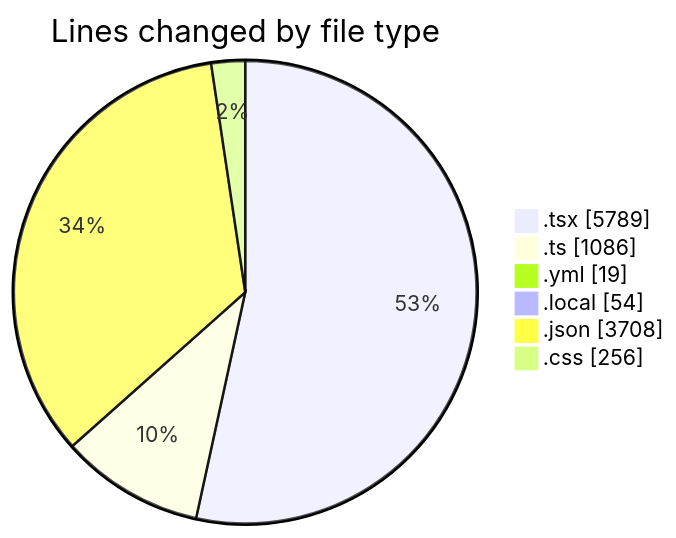
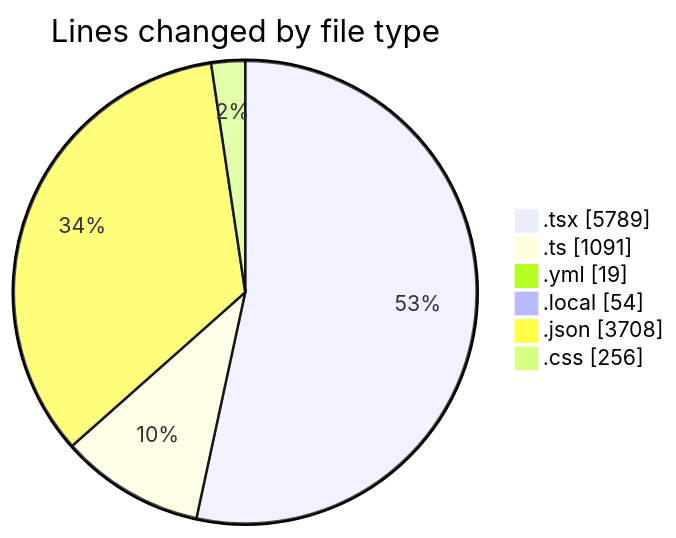
Before and after one commit to julien-gomy/code-tracking: the first of 2 diagrams in 2025-11-18/eventscop-frontend-guide__workspace_/README.md, drawn with Mermaid. The commit also changed other lines of this file and 1 other file, not shown here.

````diff
--- a/2025-11-18/eventscop-frontend-guide__workspace_/README.md
+++ b/2025-11-18/eventscop-frontend-guide__workspace_/README.md
@@ -76,10 +76,10 @@
 ```mermaid
 pie showData
 title Lines changed by file type
 ".tsx" : 5789
-".ts" : 1086
+".ts" : 1091
 ".yml" : 19
 ".local" : 54
 ".json" : 3708
 ".css" : 256
 ```
````
